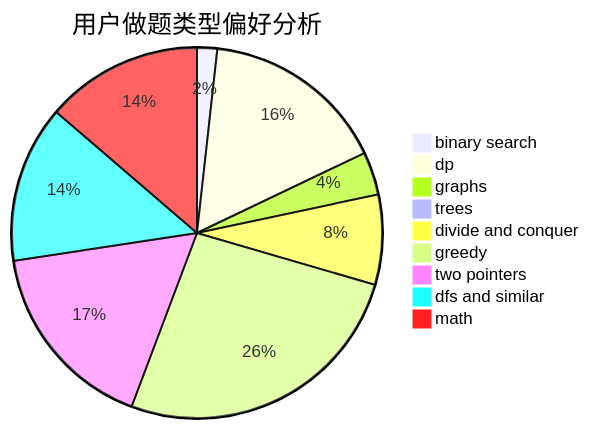
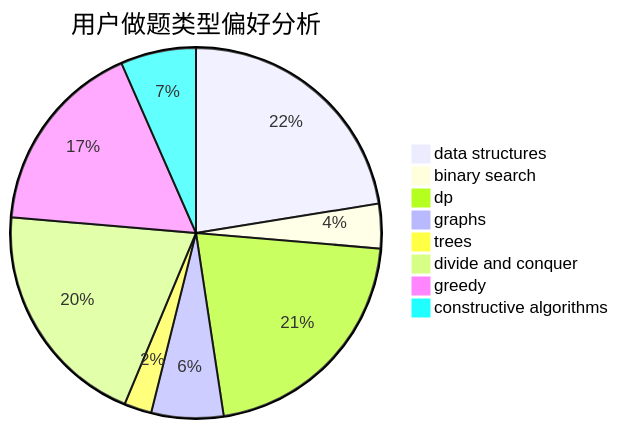
Before and after one commit to sherpahu/cfrs.github.io: the second of 3 diagrams in docs/user/u361.md, drawn with Mermaid. The commit also changed other lines of this file and 2775 other files, not shown here.

````diff
--- a/docs/user/u361.md
+++ b/docs/user/u361.md
@@ -23,12 +23,11 @@
 ```mermaid
 pie title 用户做题类型偏好分析
-    "binary search" :  15
-    "dp" :  138
-    "graphs" :  32
+    "data structures" :  75
+    "binary search" :  13
+    "dp" :  71
+    "graphs" :  21
     "trees" :  8
     "divide and conquer" :  67
-    "greedy" :  224
-    "two pointers" :  144
-    "dfs and similar" :  117
-    "math" :  117
+    "greedy" :  57
+    "constructive algorithms" :  22
 ```
````
